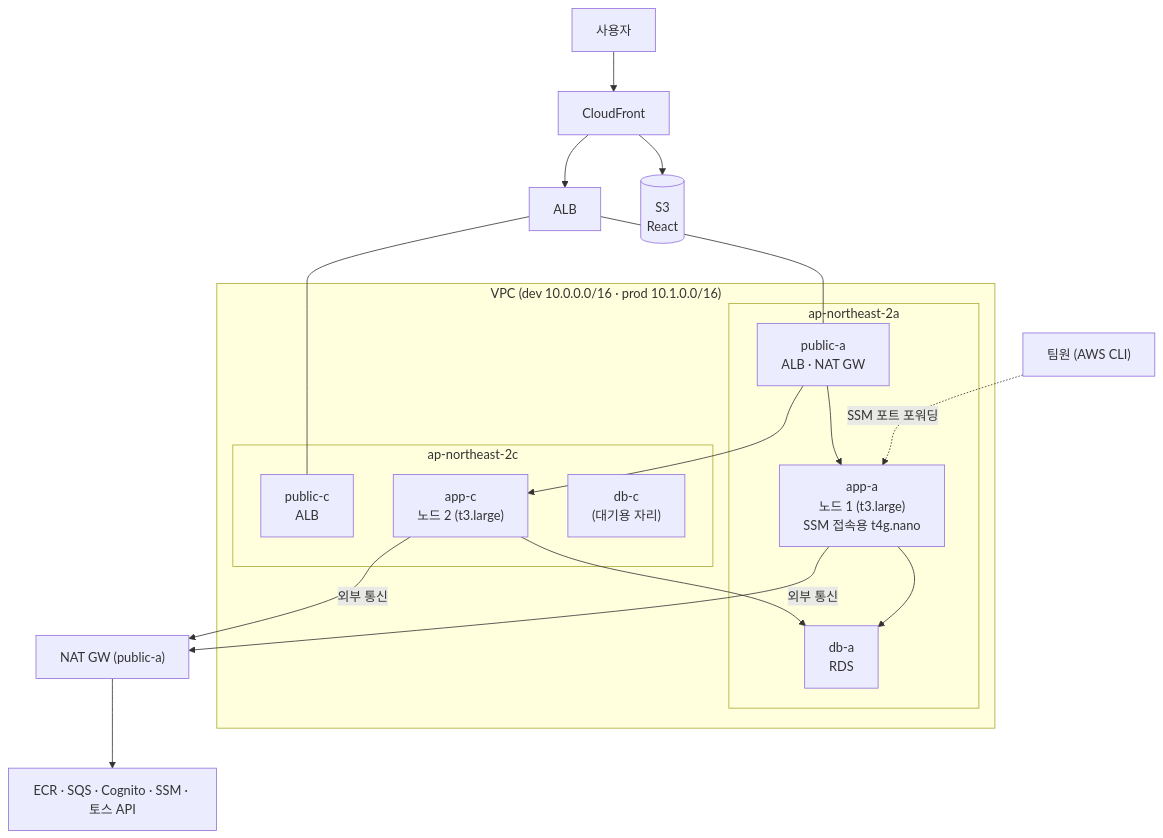
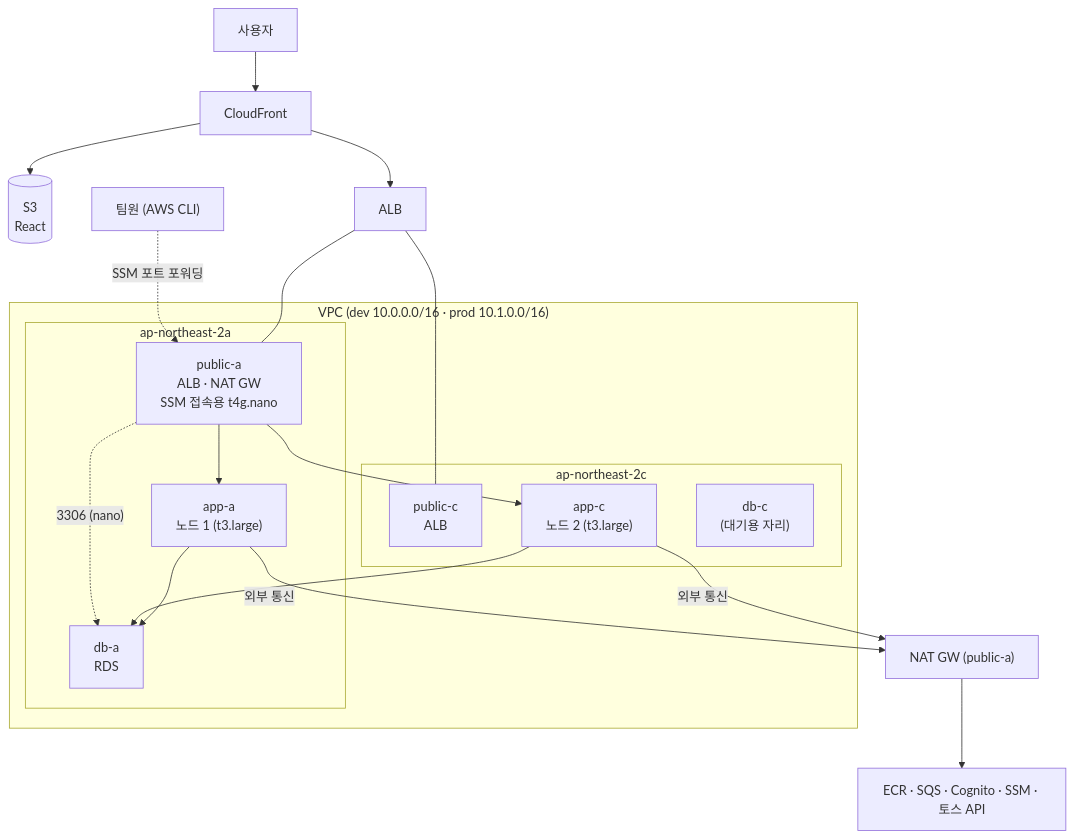
One commit to sesac-freshlink/.github changed the diagram in docs/aws-리소스-계획.md. Above: the diagram before and after it, drawn with Mermaid. The commit also changed other lines of this file, not shown here.

First line of the commit message:
docs: RDS MySQL 8.4, SSM 접속용 nano를 public-a로, RDS·nano 월~금 09:00 켜기 (#10)

````diff
--- a/docs/aws-리소스-계획.md
+++ b/docs/aws-리소스-계획.md
@@ -203,24 +205,25 @@
 ```mermaid
 flowchart TB
     User["사용자"] --> CF["CloudFront"]
     CF --> S3[("S3<br/>React")]
     CF --> ALB
     subgraph VPC["VPC (dev 10.0.0.0/16 · prod 10.1.0.0/16)"]
         subgraph AZA["ap-northeast-2a"]
-            PA["public-a<br/>ALB · NAT GW"]
-            AA["app-a<br/>노드 1 (t3.large)<br/>SSM 접속용 t4g.nano"]
+            PA["public-a<br/>ALB · NAT GW<br/>SSM 접속용 t4g.nano"]
+            AA["app-a<br/>노드 1 (t3.large)"]
             DA["db-a<br/>RDS"]
         end
         subgraph AZC["ap-northeast-2c"]
             PC["public-c<br/>ALB"]
             AC["app-c<br/>노드 2 (t3.large)"]
             DC["db-c<br/>(대기용 자리)"]
         end
     end
     ALB --- PA & PC
     PA --> AA & AC
     AA & AC --> DA
     AA & AC -- "외부 통신" --> NAT["NAT GW (public-a)"]
     NAT --> Ext["ECR · SQS · Cognito · SSM · 토스 API"]
-    Dev["팀원 (AWS CLI)"] -. "SSM 포트 포워딩" .-> AA
+    Dev["팀원 (AWS CLI)"] -. "SSM 포트 포워딩" .-> PA
+    PA -. "3306 (nano)" .-> DA
 ```
````
